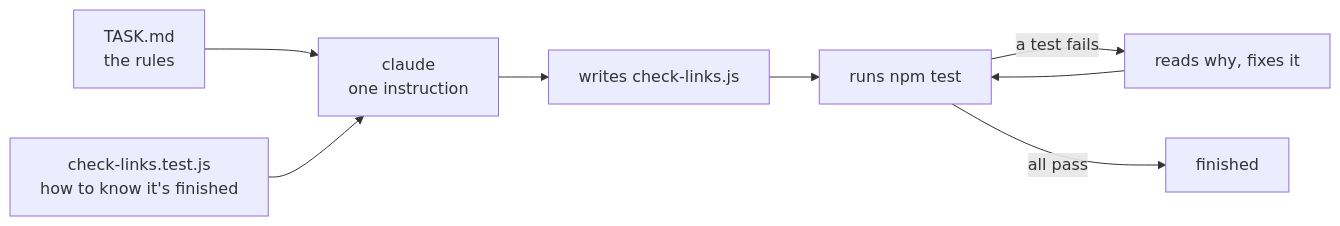
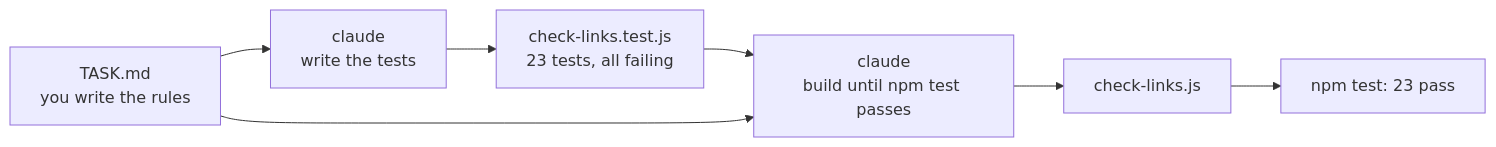
Before and after one commit to AiFirstDevelopment/claude-code-shorts: the diagram in 13-first-project/README.md, drawn with Mermaid. The commit also changed other lines of this file and 3 other files, not shown here.

Commit message:
13-first-project: the recorded run, with Claude Code writing the tests from the task file

````diff
--- a/13-first-project/README.md
+++ b/13-first-project/README.md
@@ -38,10 +20,9 @@
 ```mermaid
 flowchart LR
-    T["TASK.md<br/>the rules"] --> C["claude<br/>one instruction"]
-    S["check-links.test.js<br/>how to know it's finished"] --> C
-    C --> W["writes check-links.js"]
-    W --> R["runs npm test"]
-    R -->|a test fails| F["reads why, fixes it"]
-    F --> R
-    R -->|all pass| D["finished"]
+    T["TASK.md<br/>you write the rules"] --> A["claude<br/>write the tests"]
+    A --> S["check-links.test.js<br/>23 tests, all failing"]
+    S --> B["claude<br/>build until npm test passes"]
+    T --> B
+    B --> C["check-links.js"]
+    C --> R["npm test: 23 pass"]
 ```
````
